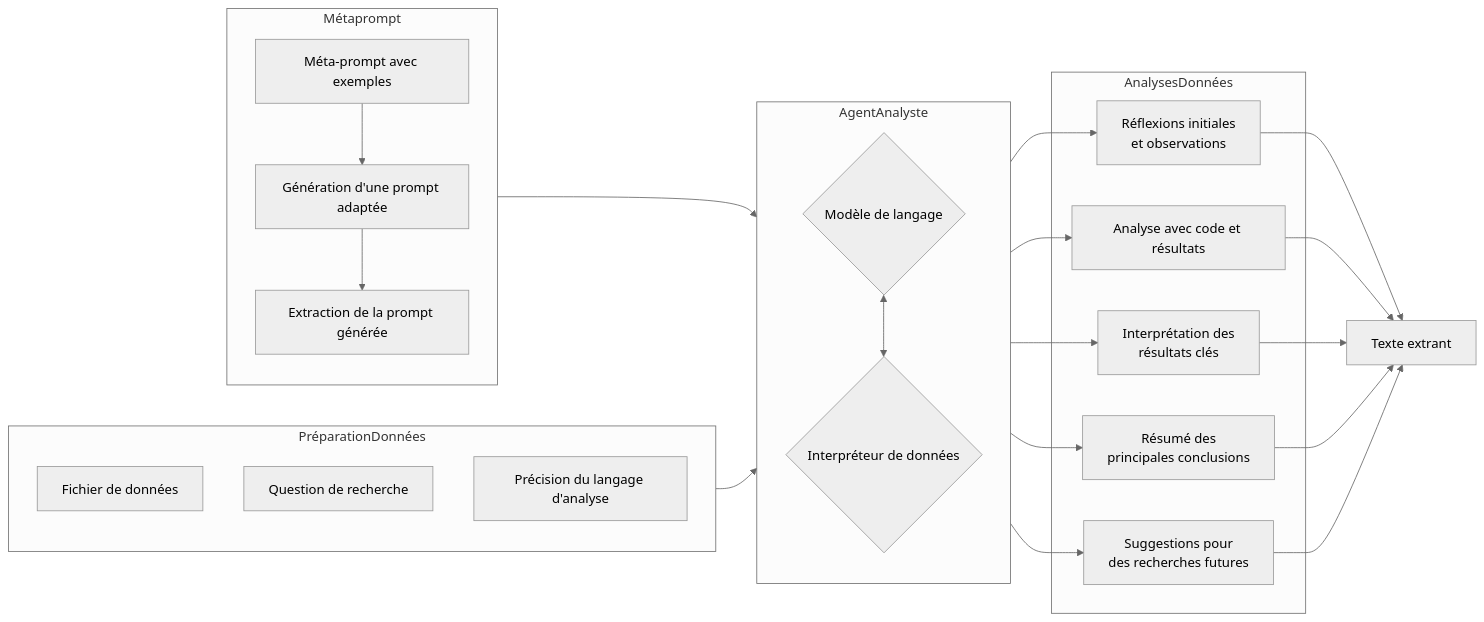
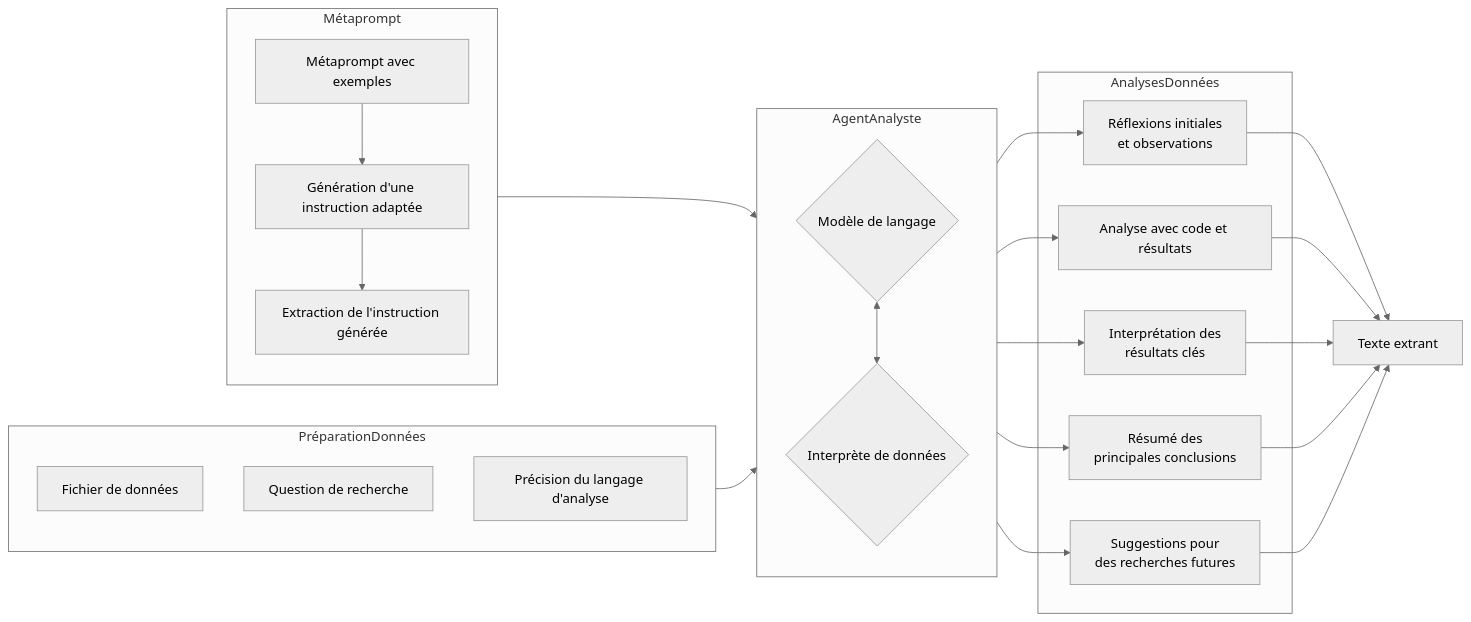
One commit to moblangeois/blangeois-irafpa-2024 changed the diagram in agents/analystgraph.mermaid. Above: the diagram before and after it, drawn with Mermaid (neutral theme).

```diff
--- a/agents/analystgraph.mermaid
+++ b/agents/analystgraph.mermaid
@@ -1,40 +1,40 @@
 graph LR
 subgraph PréparationDonnées
     A[Fichier de données]
     C[Question de recherche]
     D[Précision du langage d'analyse]
 end
 
 subgraph AgentAnalyste
-B{Modèle de langage} <--> H{Interpréteur de données}
+B{Modèle de langage} <--> H{Interprète de données}
 
 end
 
 subgraph Métaprompt
-    E[Méta-prompt avec exemples] --> F
-    F[Génération d'une prompt adaptée] --> G
-    G[Extraction de la prompt générée]
+    E[Métaprompt avec exemples] --> F
+    F[Génération d'une instruction adaptée] --> G
+    G[Extraction de l'instruction générée]
 end
 
 Métaprompt --> AgentAnalyste
 PréparationDonnées --> AgentAnalyste
 
 subgraph AnalysesDonnées
 I[Réflexions initiales<br>et observations]
 J[Analyse avec code et résultats]
 K[Interprétation des<br>résultats clés] 
 L[Résumé des<br>principales conclusions]
 M[Suggestions pour<br>des recherches futures]
 end
 
 I --> N[Texte extrant]
 J --> N
 K --> N
 L --> N 
 M --> N
 
 AgentAnalyste --> I
 AgentAnalyste --> J
 AgentAnalyste --> K
 AgentAnalyste --> L
 AgentAnalyste --> M
```
